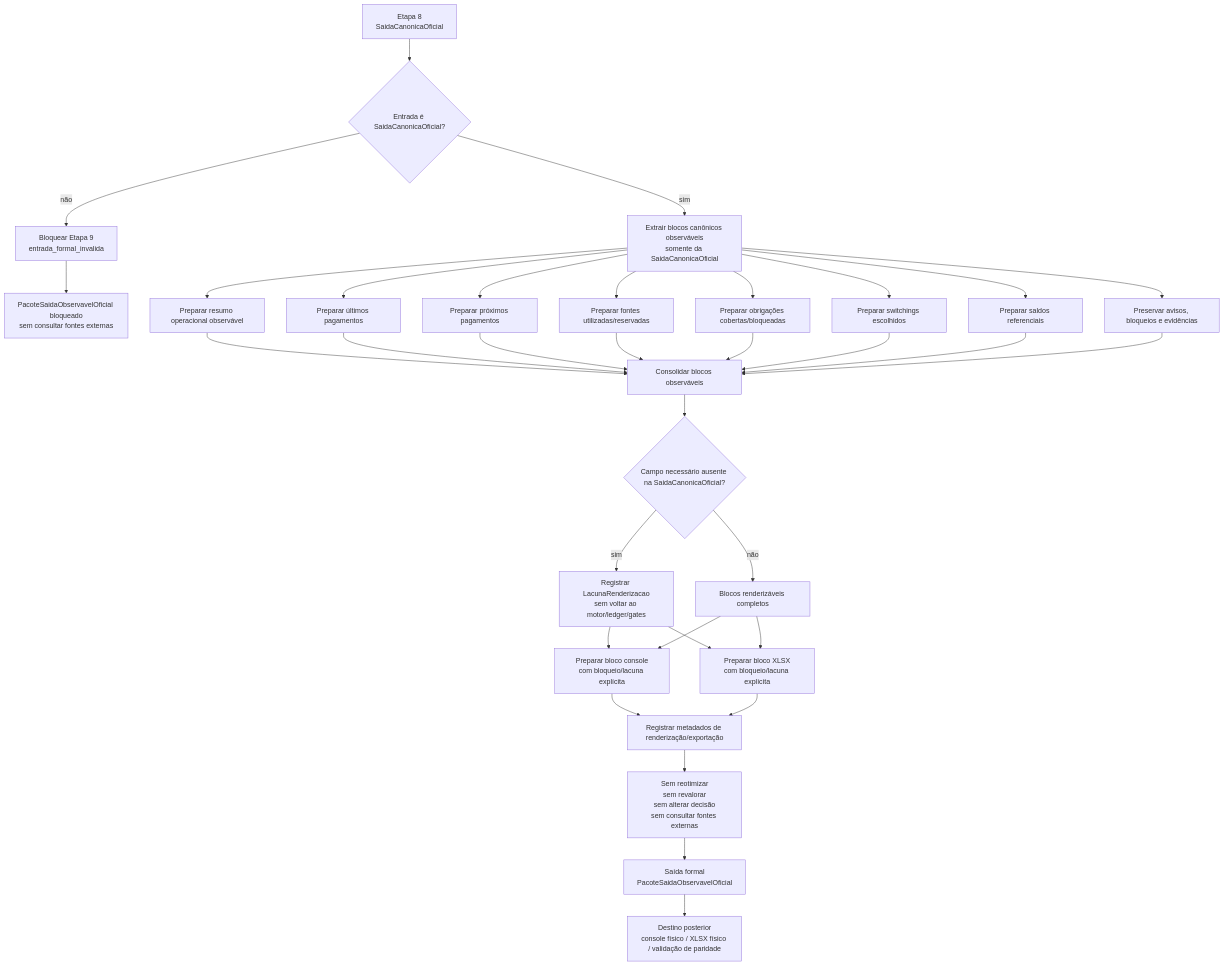
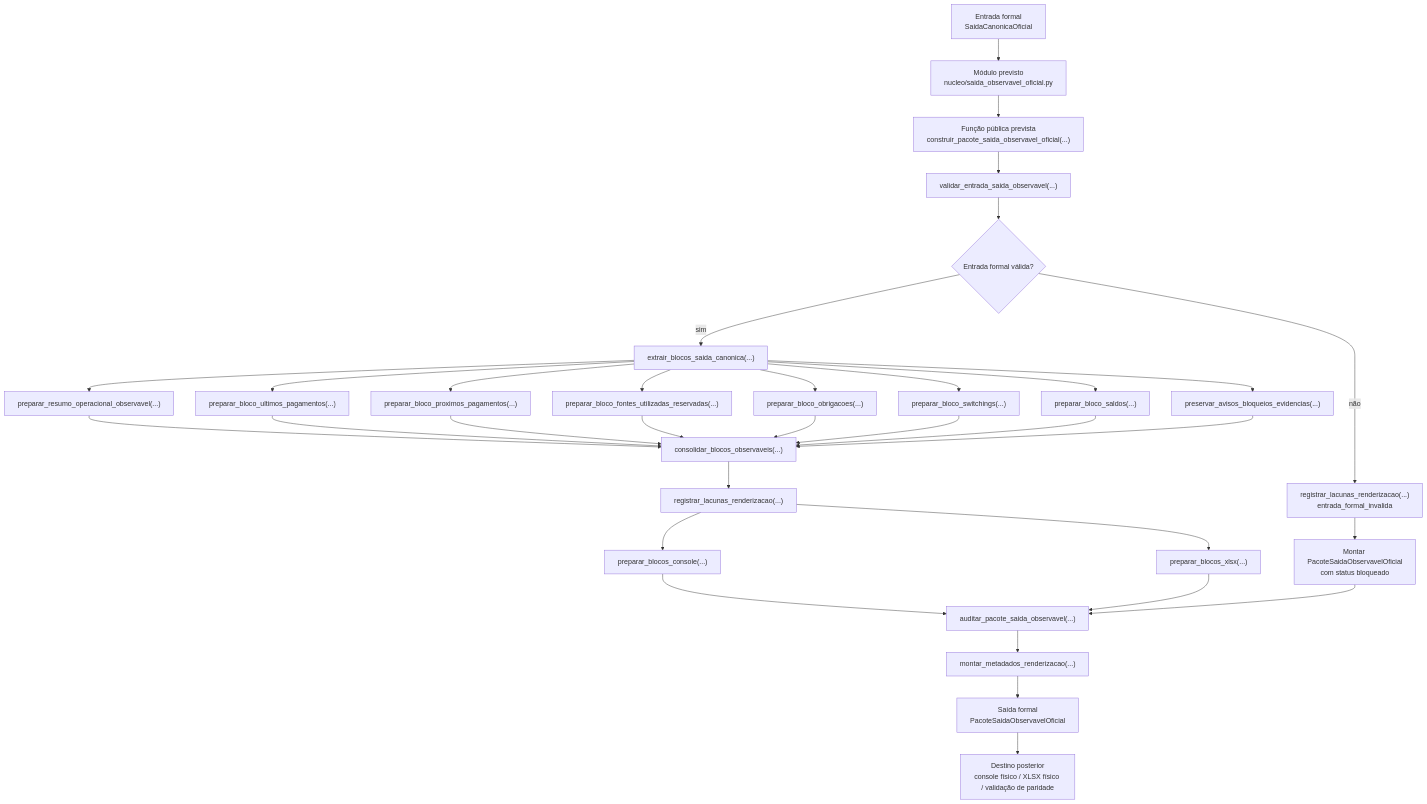
The diagram in relatorios/principais/contratos_individuais/CONTRATO_ETAPA9_SAIDA_OBSERVAVEL_OFICIAL.md (WevertonGomesCosta/payment-investment-allocation), drawn with Mermaid before and after one commit. The commit also changed other lines of this file, not shown here.

Commit message:
ETAPA9-CONTRATO-01: refina mapa funcional e fluxograma

````diff
--- a/relatorios/principais/contratos_individuais/CONTRATO_ETAPA9_SAIDA_OBSERVAVEL_OFICIAL.md
+++ b/relatorios/principais/contratos_individuais/CONTRATO_ETAPA9_SAIDA_OBSERVAVEL_OFICIAL.md
@@ -290,43 +332,46 @@
 ```mermaid
 flowchart TD
-    E8["Etapa 8<br/>SaidaCanonicaOficial"] --> TIPO{"Entrada é SaidaCanonicaOficial?"}
+    IN["Entrada formal<br/>SaidaCanonicaOficial"] --> MOD["Módulo previsto<br/>nucleo/saida_observavel_oficial.py"]
 
-    TIPO -->|não| BLOQTIPO["Bloquear Etapa 9<br/>entrada_formal_invalida"]
-    BLOQTIPO --> OUTB["PacoteSaidaObservavelOficial bloqueado<br/>sem consultar fontes externas"]
+    MOD --> FUNC["Função pública prevista<br/>construir_pacote_saida_observavel_oficial(...)"]
 
-    TIPO -->|sim| EXTRAI["Extrair blocos canônicos observáveis<br/>somente da SaidaCanonicaOficial"]
+    FUNC --> VAL["validar_entrada_saida_observavel(...)"]
+    VAL --> STATUS{"Entrada formal válida?"}
 
-    EXTRAI --> RESUMO["Preparar resumo operacional observável"]
-    EXTRAI --> ULT["Preparar últimos pagamentos"]
-    EXTRAI --> PROX["Preparar próximos pagamentos"]
-    EXTRAI --> FONTES["Preparar fontes utilizadas/reservadas"]
-    EXTRAI --> OBR["Preparar obrigações cobertas/bloqueadas"]
-    EXTRAI --> SW["Preparar switchings escolhidos"]
-    EXTRAI --> SALDOS["Preparar saldos referenciais"]
-    EXTRAI --> AVB["Preservar avisos, bloqueios e evidências"]
+    STATUS -->|não| BLOQ["registrar_lacunas_renderizacao(...)<br/>entrada_formal_invalida"]
+    BLOQ --> PACB["Montar PacoteSaidaObservavelOficial<br/>com status bloqueado"]
 
-    RESUMO --> CONS["Consolidar blocos observáveis"]
+    STATUS -->|sim| EXT["extrair_blocos_saida_canonica(...)"]
+
+    EXT --> RES["preparar_resumo_operacional_observavel(...)"]
+    EXT --> ULT["preparar_bloco_ultimos_pagamentos(...)"]
+    EXT --> PROX["preparar_bloco_proximos_pagamentos(...)"]
+    EXT --> FONT["preparar_bloco_fontes_utilizadas_reservadas(...)"]
+    EXT --> OBR["preparar_bloco_obrigacoes(...)"]
+    EXT --> SWT["preparar_bloco_switchings(...)"]
+    EXT --> SAL["preparar_bloco_saldos(...)"]
+    EXT --> AVB["preservar_avisos_bloqueios_evidencias(...)"]
+
+    RES --> CONS["consolidar_blocos_observaveis(...)"]
     ULT --> CONS
     PROX --> CONS
-    FONTES --> CONS
+    FONT --> CONS
     OBR --> CONS
-    SW --> CONS
-    SALDOS --> CONS
+    SWT --> CONS
+    SAL --> CONS
     AVB --> CONS
 
-    CONS --> LAC{"Campo necessário ausente na SaidaCanonicaOficial?"}
-    LAC -->|sim| LACUNA["Registrar LacunaRenderizacao<br/>sem voltar ao motor/ledger/gates"]
-    LAC -->|não| OKB["Blocos renderizáveis completos"]
+    CONS --> LAC["registrar_lacunas_renderizacao(...)"]
 
-    LACUNA --> CONSOLE["Preparar bloco console<br/>com bloqueio/lacuna explícita"]
-    OKB --> CONSOLE
-    LACUNA --> XLSX["Preparar bloco XLSX<br/>com bloqueio/lacuna explícita"]
-    OKB --> XLSX
+    LAC --> CONSOLE["preparar_blocos_console(...)"]
+    LAC --> XLSX["preparar_blocos_xlsx(...)"]
 
-    CONSOLE --> META["Registrar metadados de renderização/exportação"]
-    XLSX --> META
+    CONSOLE --> AUD["auditar_pacote_saida_observavel(...)"]
+    XLSX --> AUD
+    PACB --> AUD
 
-    META --> PROIB["Sem reotimizar<br/>sem revalorar<br/>sem alterar decisão<br/>sem consultar fontes externas"]
-    PROIB --> OUT["Saída formal<br/>PacoteSaidaObservavelOficial"]
-    OUT --> POS["Destino posterior<br/>console físico / XLSX físico / validação de paridade"]
+    AUD --> META["montar_metadados_renderizacao(...)"]
+    META --> OUT["Saída formal<br/>PacoteSaidaObservavelOficial"]
+
+    OUT --> DEST["Destino posterior<br/>console físico / XLSX físico / validação de paridade"]
 ```
````
